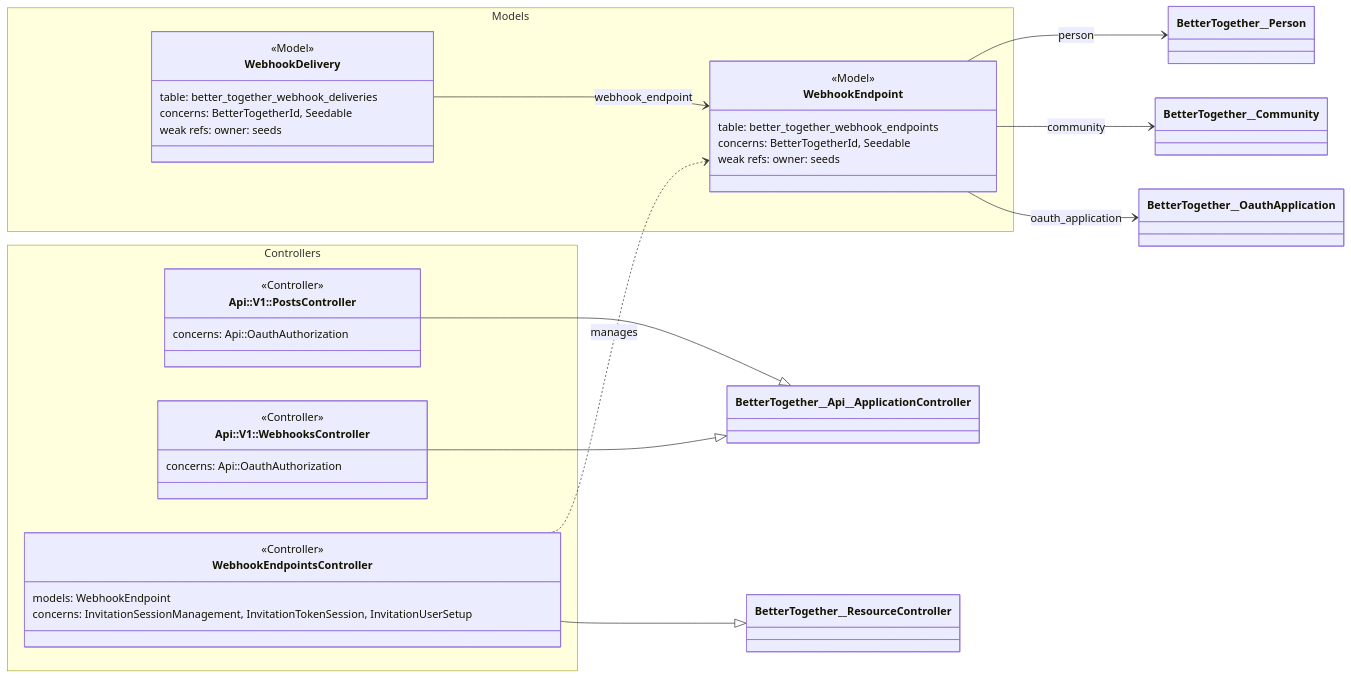
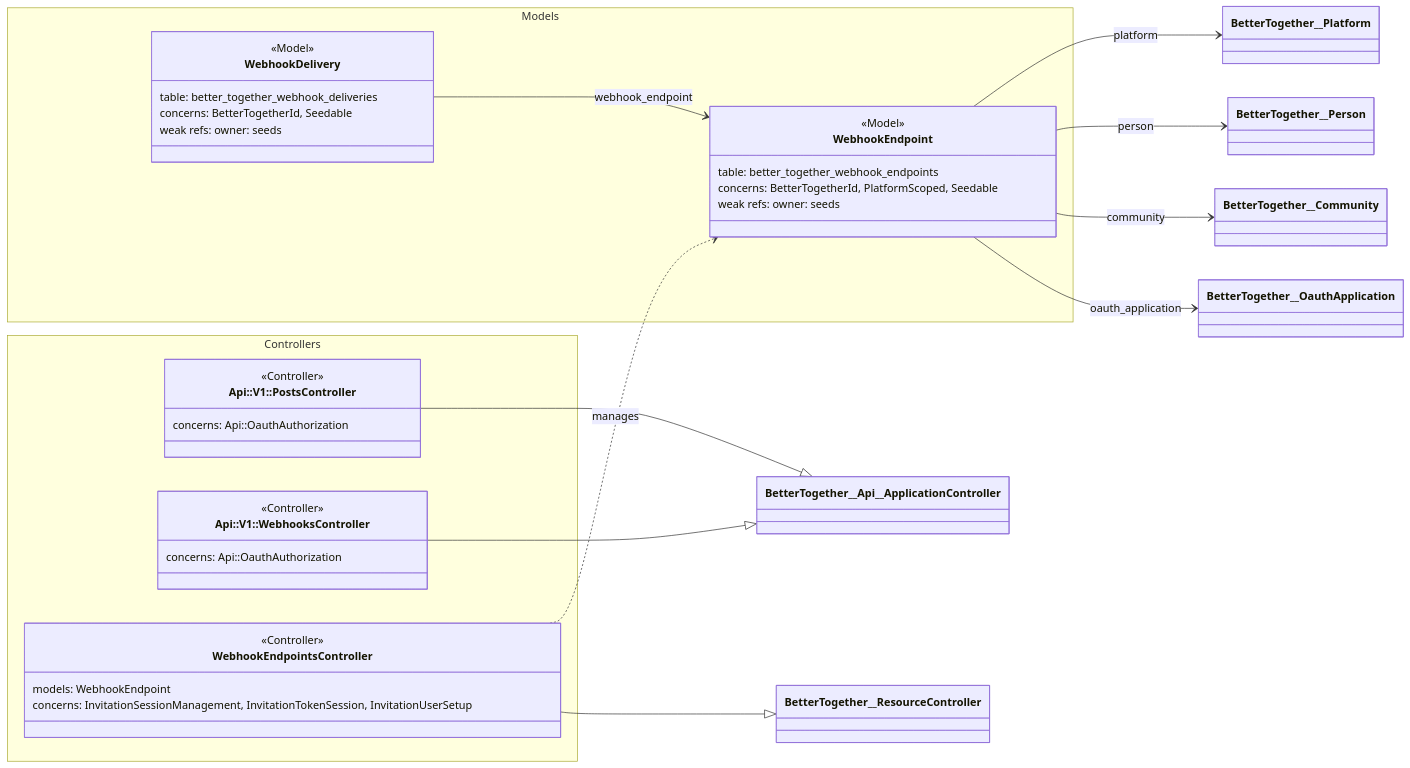
One commit to better-together-org/community-engine-rails changed the diagram in docs/diagrams/source/ce_integrations_webhooks_rails_layers.mmd. Above: the diagram before and after it, drawn with Mermaid. The commit also changed 226 other files, not shown here.

```diff
--- a/docs/diagrams/source/ce_integrations_webhooks_rails_layers.mmd
+++ b/docs/diagrams/source/ce_integrations_webhooks_rails_layers.mmd
@@ -1,43 +1,44 @@
 %% Generated by scripts/export_subsystem_diagrams.rb
 classDiagram
   direction LR
 
   namespace Controllers {
     class BetterTogether__Api__V1__PostsController["Api::V1::PostsController"] {
       <<Controller>>
       concerns: Api::OauthAuthorization
     }
     class BetterTogether__Api__V1__WebhooksController["Api::V1::WebhooksController"] {
       <<Controller>>
       concerns: Api::OauthAuthorization
     }
     class BetterTogether__WebhookEndpointsController["WebhookEndpointsController"] {
       <<Controller>>
       models: WebhookEndpoint
       concerns: InvitationSessionManagement, InvitationTokenSession, InvitationUserSetup
     }
   }
 
   namespace Models {
     class BetterTogether__WebhookDelivery["WebhookDelivery"] {
       <<Model>>
       table: better_together_webhook_deliveries
       concerns: BetterTogetherId, Seedable
       weak refs: owner: seeds
     }
     class BetterTogether__WebhookEndpoint["WebhookEndpoint"] {
       <<Model>>
       table: better_together_webhook_endpoints
-      concerns: BetterTogetherId, Seedable
+      concerns: BetterTogetherId, PlatformScoped, Seedable
       weak refs: owner: seeds
     }
   }
 
   BetterTogether__Api__V1__PostsController --|> BetterTogether__Api__ApplicationController
   BetterTogether__Api__V1__WebhooksController --|> BetterTogether__Api__ApplicationController
   BetterTogether__WebhookEndpointsController ..> BetterTogether__WebhookEndpoint : manages
   BetterTogether__WebhookEndpointsController --|> BetterTogether__ResourceController
   BetterTogether__WebhookDelivery --> BetterTogether__WebhookEndpoint : webhook_endpoint
+  BetterTogether__WebhookEndpoint --> BetterTogether__Platform : platform
   BetterTogether__WebhookEndpoint --> BetterTogether__Person : person
   BetterTogether__WebhookEndpoint --> BetterTogether__Community : community
   BetterTogether__WebhookEndpoint --> BetterTogether__OauthApplication : oauth_application
```
